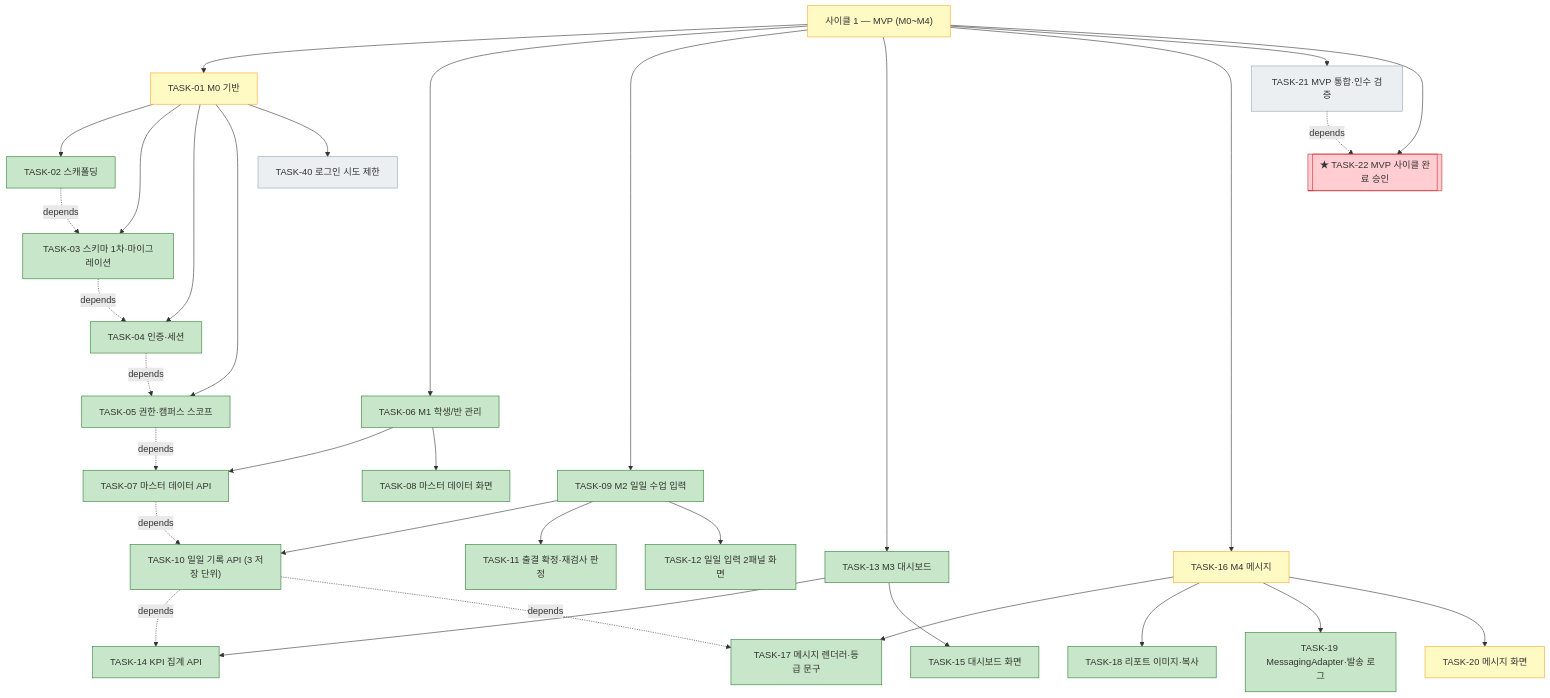
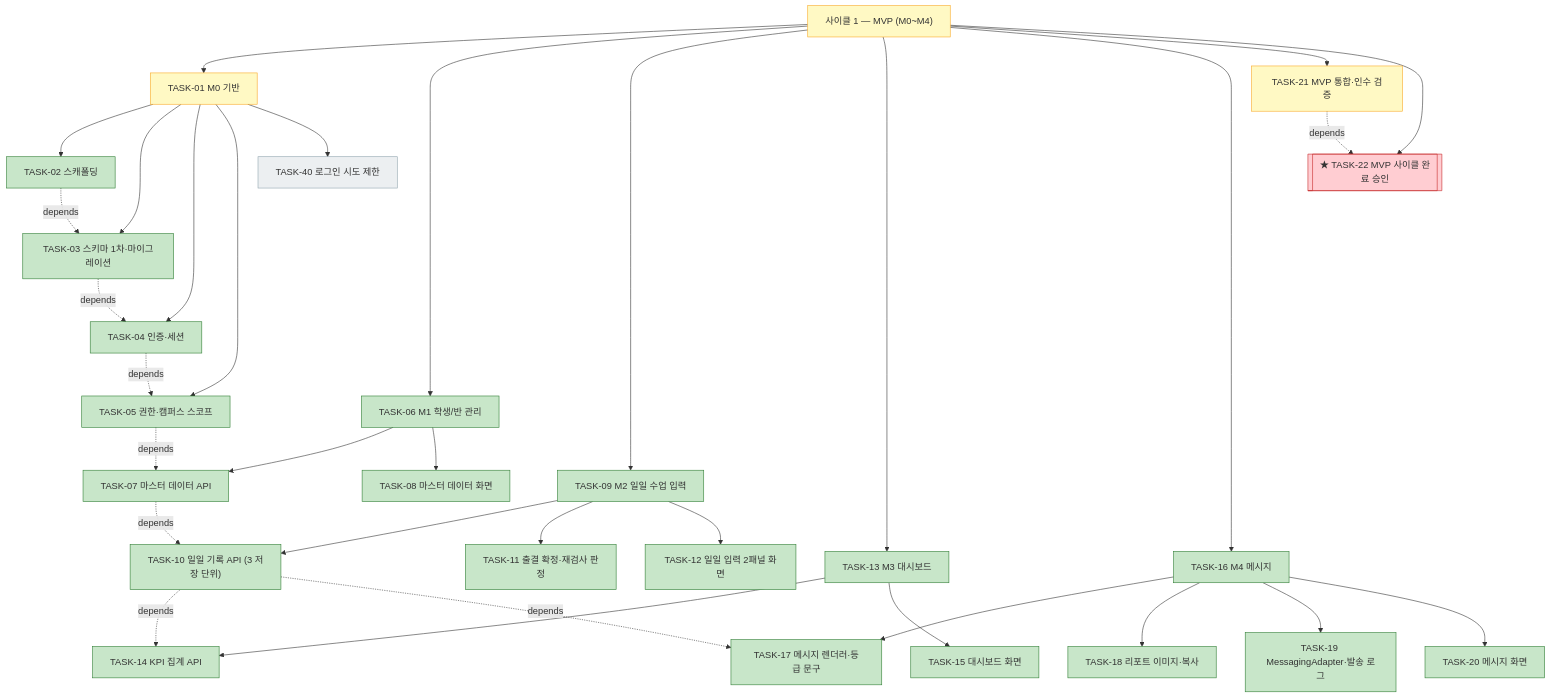
Before and after one commit to bluesky5008/mathdesk: the first of 3 diagrams in docs/plan.md, drawn with Mermaid. The commit also changed other lines of this file and 6 other files, not shown here.

First line of the commit message:
feat(web): TASK-20 메시지 화면 (TASK-16 완료, MVP 구현 완료)

````diff
--- a/docs/plan.md
+++ b/docs/plan.md
@@ -105,39 +105,39 @@
 ```mermaid
 flowchart TD
     C1["사이클 1 — MVP (M0~M4)"]:::active
     C1 --> T01["TASK-01 M0 기반"]:::active
     T01 --> T02["TASK-02 스캐폴딩"]:::done
     T01 --> T03["TASK-03 스키마 1차·마이그레이션"]:::done
     T01 --> T04["TASK-04 인증·세션"]:::done
     T01 --> T05["TASK-05 권한·캠퍼스 스코프"]:::done
     T01 --> T40["TASK-40 로그인 시도 제한"]:::todo
     C1 --> T06["TASK-06 M1 학생/반 관리"]:::done
     T06 --> T07["TASK-07 마스터 데이터 API"]:::done
     T06 --> T08["TASK-08 마스터 데이터 화면"]:::done
     C1 --> T09["TASK-09 M2 일일 수업 입력"]:::done
     T09 --> T10["TASK-10 일일 기록 API (3 저장 단위)"]:::done
     T09 --> T11["TASK-11 출결 확정·재검사 판정"]:::done
     T09 --> T12["TASK-12 일일 입력 2패널 화면"]:::done
     C1 --> T13["TASK-13 M3 대시보드"]:::done
     T13 --> T14["TASK-14 KPI 집계 API"]:::done
     T13 --> T15["TASK-15 대시보드 화면"]:::done
-    C1 --> T16["TASK-16 M4 메시지"]:::active
+    C1 --> T16["TASK-16 M4 메시지"]:::done
     T16 --> T17["TASK-17 메시지 렌더러·등급 문구"]:::done
     T16 --> T18["TASK-18 리포트 이미지·복사"]:::done
     T16 --> T19["TASK-19 MessagingAdapter·발송 로그"]:::done
-    T16 --> T20["TASK-20 메시지 화면"]:::active
-    C1 --> T21["TASK-21 MVP 통합·인수 검증"]:::todo
+    T16 --> T20["TASK-20 메시지 화면"]:::done
+    C1 --> T21["TASK-21 MVP 통합·인수 검증"]:::active
     C1 --> T22[["★ TASK-22 MVP 사이클 완료 승인"]]:::gate
     T02 -. depends .-> T03
     T03 -. depends .-> T04
     T04 -. depends .-> T05
     T05 -. depends .-> T07
     T07 -. depends .-> T10
     T10 -. depends .-> T14
     T10 -. depends .-> T17
     T21 -. depends .-> T22
     classDef done fill:#c8e6c9,stroke:#2e7d32
     classDef active fill:#fff9c4,stroke:#f9a825
     classDef todo fill:#eceff1,stroke:#90a4ae
     classDef gate fill:#ffcdd2,stroke:#c62828
 ```
````
